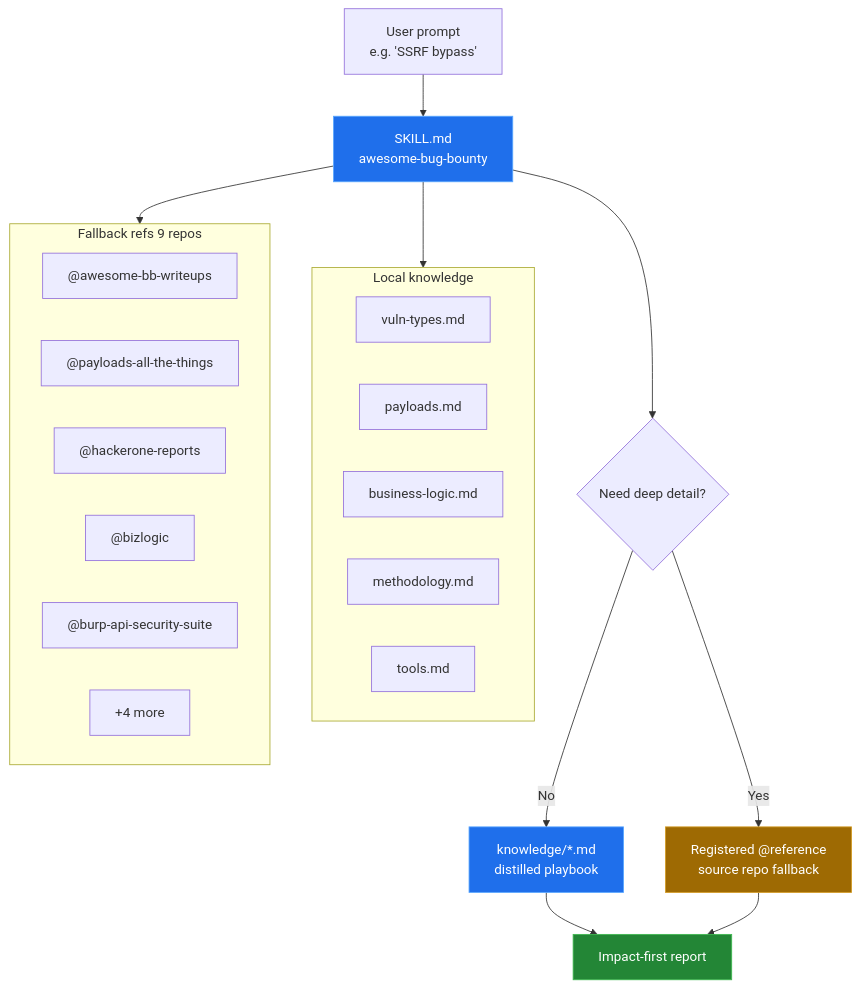
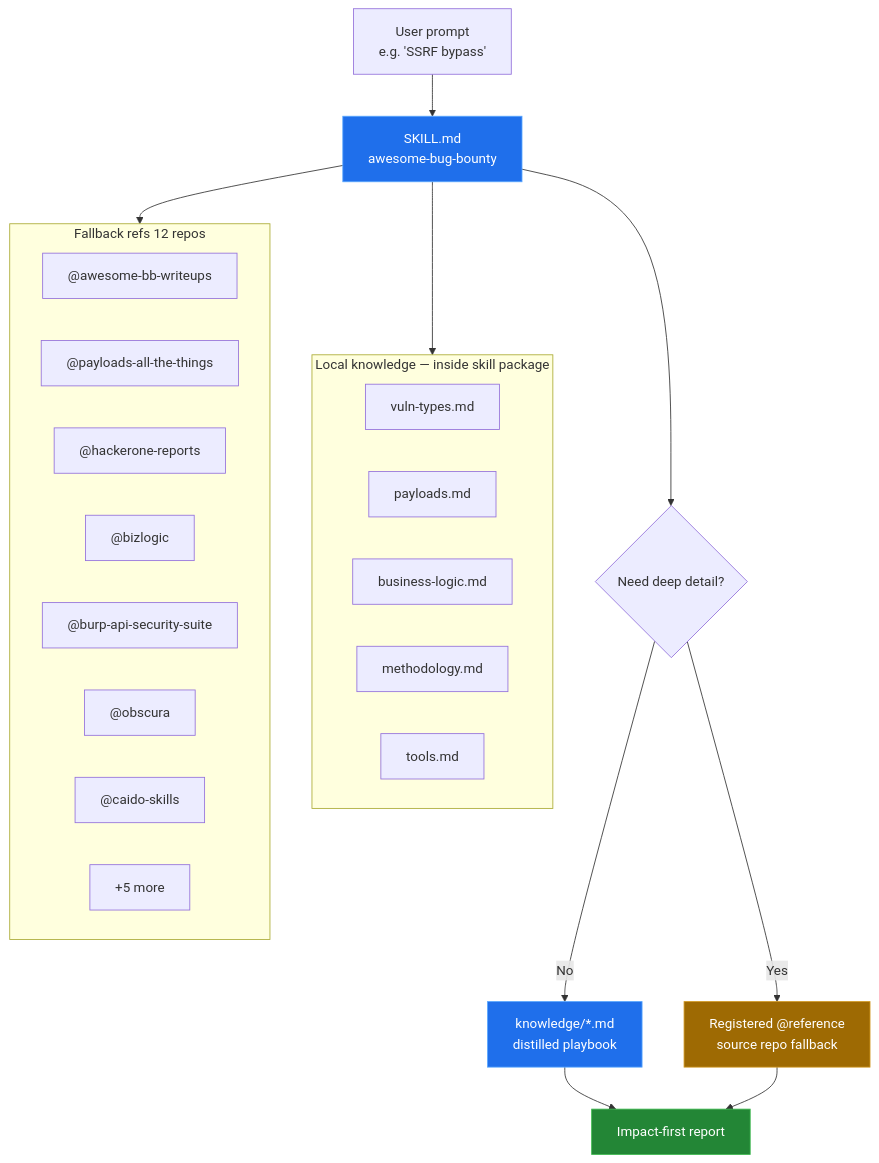
Before and after one commit to YangTech-gh/Awesome-Bug-Bounty: the diagram in README.md, drawn with Mermaid. The commit also changed other lines of this file and 10 other files, not shown here.

First line of the commit message:
Bundle knowledge into skill package, slim SKILL.md, add npx skills support

````diff
--- a/README.md
+++ b/README.md
@@ -120,34 +156,36 @@
 ```mermaid
 flowchart TB
     U["User prompt<br/>e.g. 'SSRF bypass'"] --> SK["SKILL.md<br/>awesome-bug-bounty"]
     SK --> RULE{"Need deep detail?"}
     RULE -- "No" --> LOCAL["knowledge/*.md<br/>distilled playbook"]
     RULE -- "Yes" --> REF["Registered @reference<br/>source repo fallback"]
     LOCAL --> RPT["Impact-first report"]
     REF --> RPT
 
-    subgraph KNO [Local knowledge]
+    subgraph KNO [Local knowledge — inside skill package]
         VT[vuln-types.md]
         PL[payloads.md]
         BL[business-logic.md]
         ME[methodology.md]
         TO[tools.md]
     end
 
-    subgraph FB [Fallback refs 9 repos]
+    subgraph FB [Fallback refs 12 repos]
         R1["@awesome-bb-writeups"]
         R2["@payloads-all-the-things"]
         R3["@hackerone-reports"]
         R4["@bizlogic"]
         R5["@burp-api-security-suite"]
-        R6["+4 more"]
+        R6["@obscura"]
+        R7["@caido-skills"]
+        R8["+5 more"]
     end
 
     SK --> KNO
     SK --> FB
 
     style SK fill:#1f6feb,color:#fff,stroke:#58a6ff
     style RPT fill:#238636,color:#fff,stroke:#3fb950
     style REF fill:#9e6a03,color:#fff,stroke:#d29922
     style LOCAL fill:#1f6feb,color:#fff,stroke:#58a6ff
 ```
````
